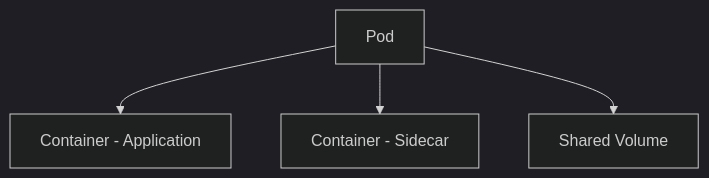
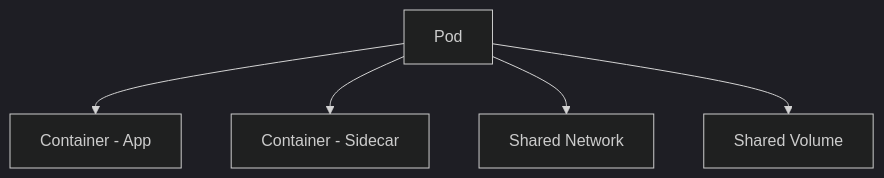
One commit to kyungryeol-yoon/kyungryeol-yoon.github.io changed the fourth of 13 diagrams in _posts/devops/kubernetes/2019-01-27-kubernetes-core-concepts-pod-service-deployment.md. Above: the diagram before and after it, drawn with Mermaid (dark theme). The commit also changed other lines of this file, not shown here.

````diff
--- a/_posts/devops/kubernetes/2019-01-27-kubernetes-core-concepts-pod-service-deployment.md
+++ b/_posts/devops/kubernetes/2019-01-27-kubernetes-core-concepts-pod-service-deployment.md
@@ -145,9 +176,10 @@
 ```mermaid
 graph TD
 
 A[Pod]
 
-A --> B[Container - Application]
+A --> B[Container - App]
 A --> C[Container - Sidecar]
-A --> D[Shared Volume]
+A --> D[Shared Network]
+A --> E[Shared Volume]
 ```
````
